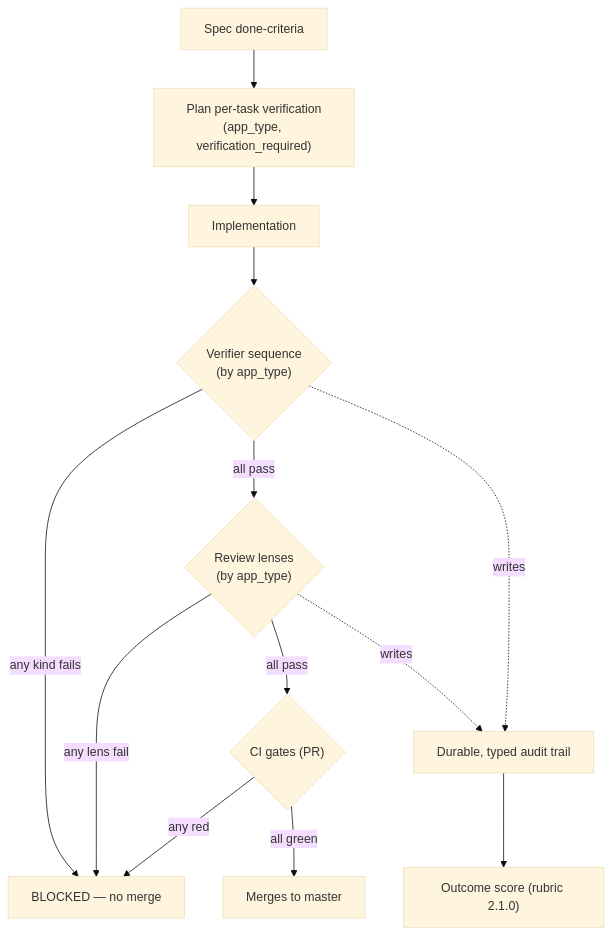
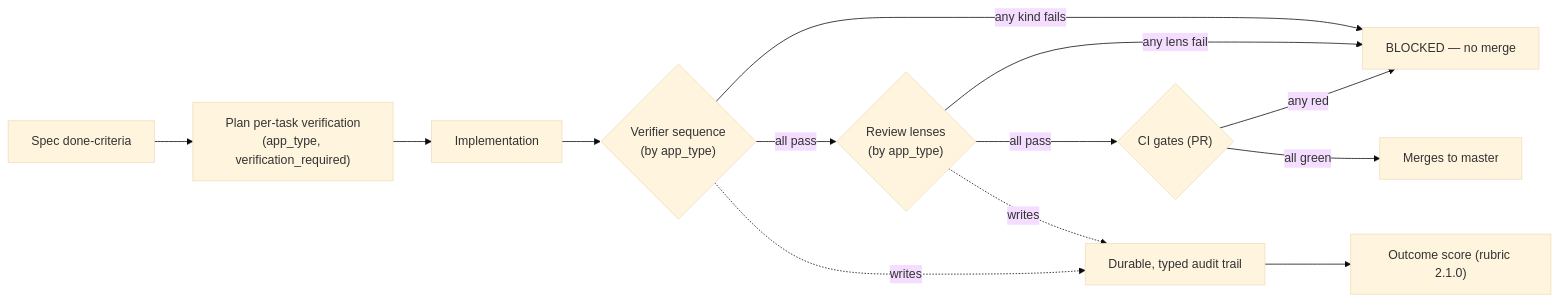
One commit to AGOrcha/dot-agents changed the sixth of 6 diagrams in docs/DEMO_ASDLC_DECK.md. Above: the diagram before and after it, drawn with Mermaid (base theme). The commit also changed other lines of this file and 5 other files, not shown here.

````diff
--- a/docs/DEMO_ASDLC_DECK.md
+++ b/docs/DEMO_ASDLC_DECK.md
@@ -218,15 +237,15 @@
 ```mermaid
-flowchart TD
+flowchart LR
     spec["Spec done-criteria"] --> plan["Plan per-task verification<br/>(app_type, verification_required)"]
     plan --> impl["Implementation"]
     impl --> verify{"Verifier sequence<br/>(by app_type)"}
     verify -->|any kind fails| block["BLOCKED — no merge"]
     verify -->|all pass| review{"Review lenses<br/>(by app_type)"}
     review -->|any lens fail| block
     review -->|all pass| ci{"CI gates (PR)"}
     ci -->|any red| block
     ci -->|all green| merge["Merges to master"]
     verify -.writes.-> trail["Durable, typed audit trail"]
     review -.writes.-> trail
     trail --> score["Outcome score (rubric 2.1.0)"]
 ```
````
